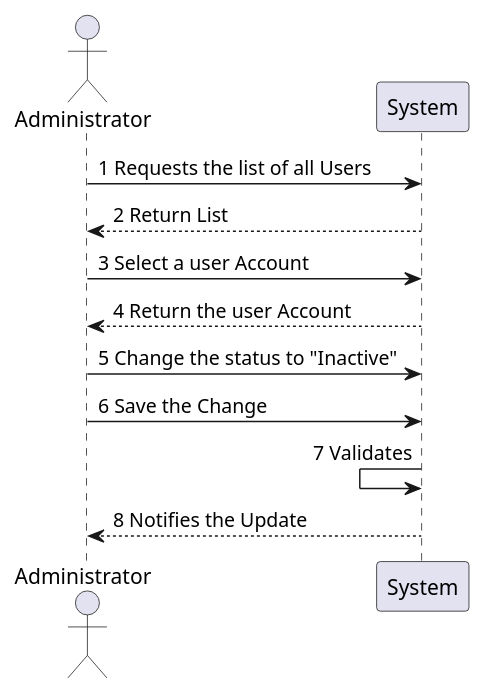
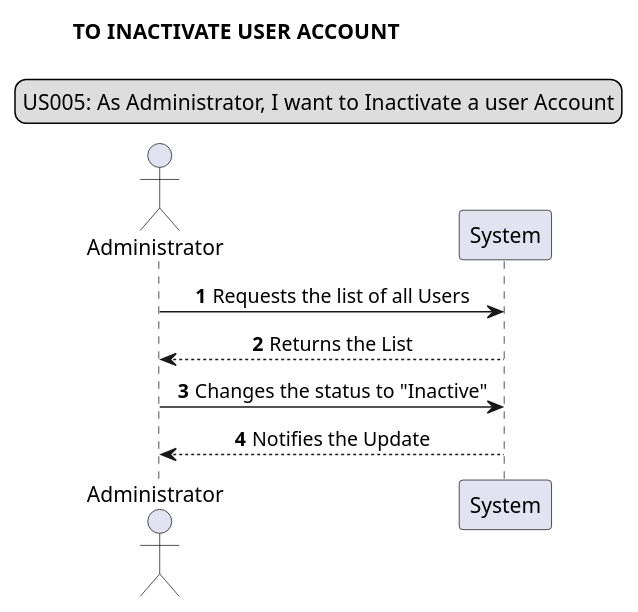
Before and after one commit to Loracline/project_switch_22-23: the second of 25 diagrams in docs/data_model/System Sequence Diagram.puml, drawn with PlantUML. The commit also changed other lines of this file, not shown here.

First line of the commit message:
[None US number]: [Project]: [System Sequence Diagram]

```diff
--- a/docs/data_model/System Sequence Diagram.puml
+++ b/docs/data_model/System Sequence Diagram.puml
@@ -13,11 +15,13 @@
 @startuml
+skinparam sequenceMessageAlign center
+autonumber
+title TO INACTIVATE USER ACCOUNT
+legend top
+US005: As Administrator, I want to Inactivate a user Account
+end legend
 actor Administrator
-Administrator -> System:1 Requests the list of all Users
-System --> Administrator:2 Return List
-Administrator -> System:3 Select a user Account
-Administrator <-- System:4 Return the user Account
-Administrator -> System:5 Change the status to "Inactive"
-Administrator -> System:6 Save the Change
-System <- System:7 Validates
-System --> Administrator:8 Notifies the Update
+Administrator -> System: Requests the list of all Users
+System --> Administrator: Returns the List
+Administrator -> System: Changes the status to "Inactive"
+System --> Administrator: Notifies the Update
 @enduml
```
